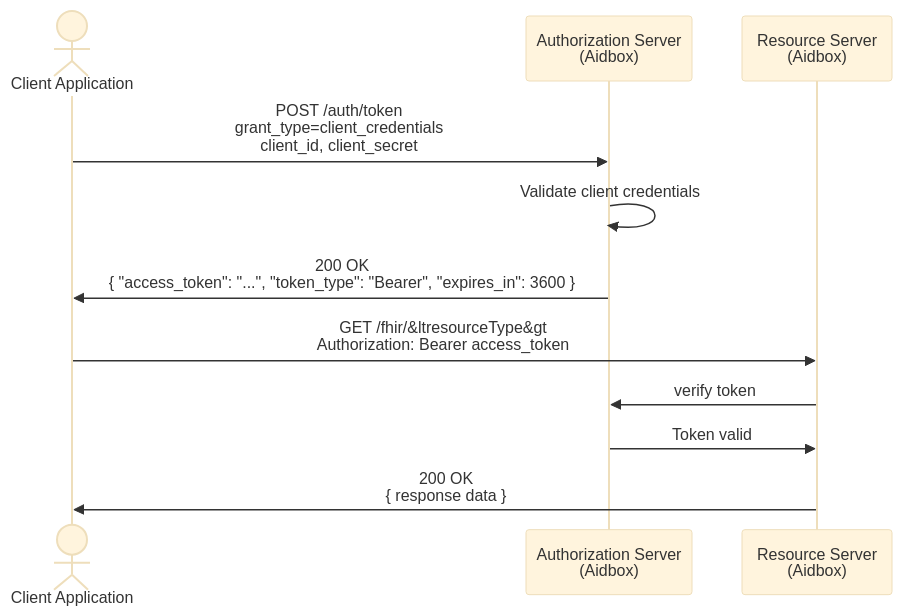
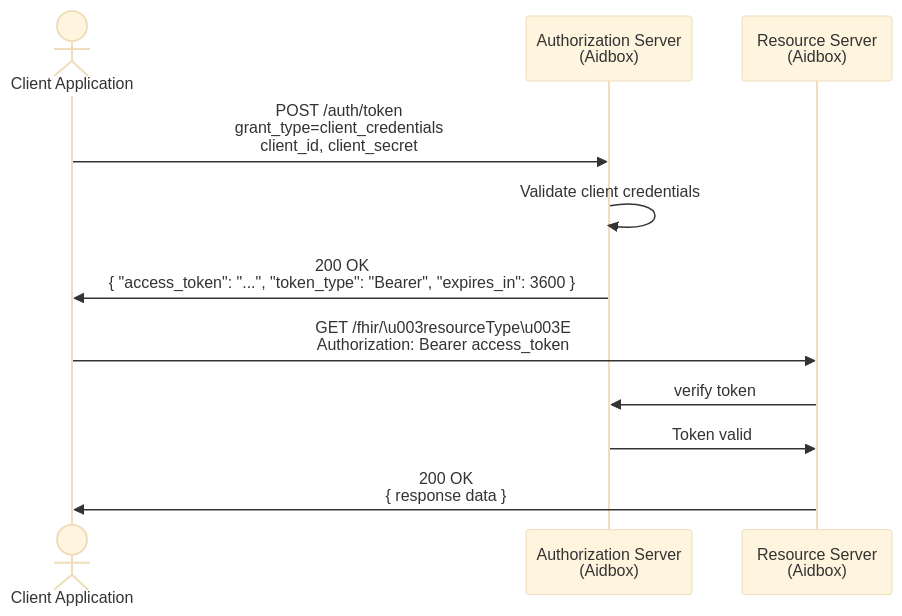
The first of 4 diagrams in docs/access-control/authentication/oauth-2-0.md (HealthSamurai/documentation), drawn with Mermaid (base theme) before and after one commit. The commit also changed other lines of this file, not shown here.

````diff
--- a/docs/access-control/authentication/oauth-2-0.md
+++ b/docs/access-control/authentication/oauth-2-0.md
@@ -11,14 +11,14 @@
 ```mermaid fullWidth="true"
 sequenceDiagram
   actor ClientApp as Client Application
   participant AS as Authorization Server<br/>(Aidbox)
   participant RS as Resource Server<br/>(Aidbox)
 
   ClientApp ->> AS: POST /auth/token<br/>grant_type=client_credentials<br/>client_id, client_secret
   AS ->> AS: Validate client credentials
   AS ->> ClientApp: 200 OK<br/>{ "access_token": "...", "token_type": "Bearer", "expires_in": 3600 }
-  ClientApp ->> RS: GET /fhir/&ltresourceType&gt<br>Authorization: Bearer access_token
+  ClientApp ->> RS: GET /fhir/\u003resourceType\u003E<br>Authorization: Bearer access_token
   RS ->> AS: verify token
   AS ->> RS: Token valid
   RS ->> ClientApp: 200 OK<br/>{ response data }
 ```
````
